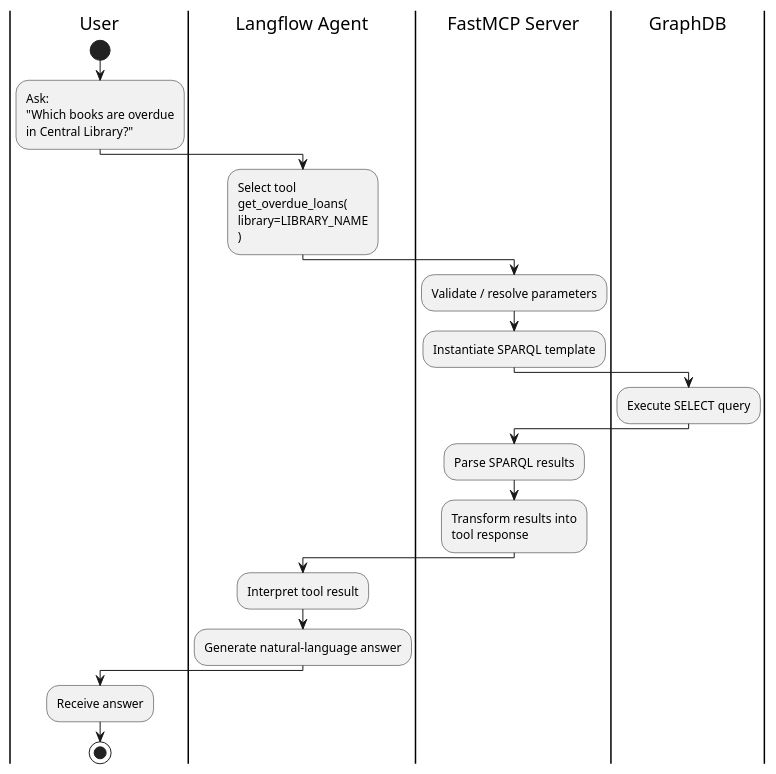
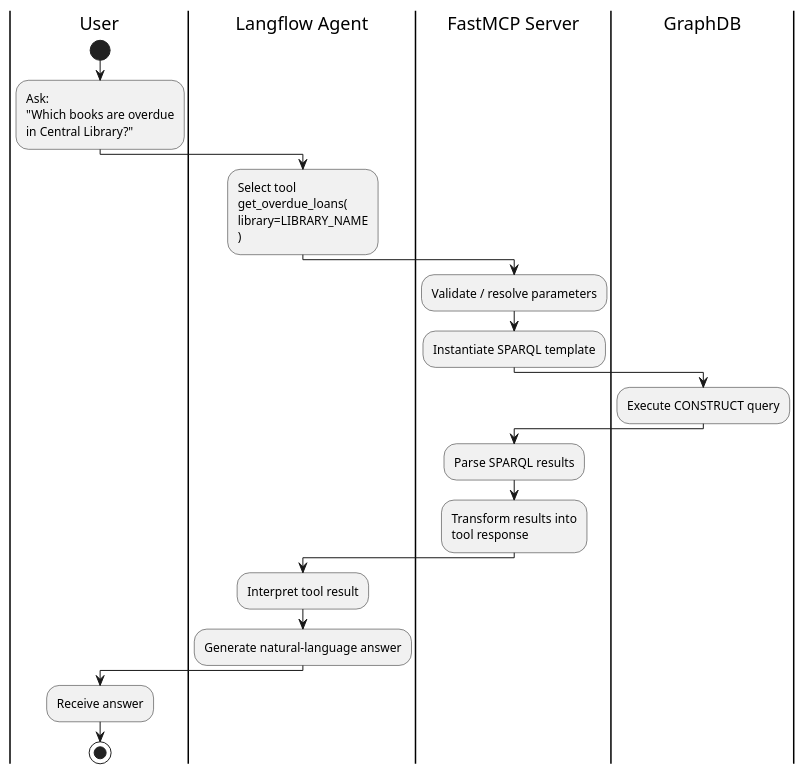
One commit to gkostkowski/mcp-rdf-agent-demo changed the diagram in docs/architecture/workflow.puml. Above: the diagram before and after it, drawn with PlantUML. The commit also changed 10 other files, not shown here.

```diff
--- a/docs/architecture/workflow.puml
+++ b/docs/architecture/workflow.puml
@@ -1,35 +1,35 @@
 @startuml
 
 |User|
 start
 :Ask:
 "Which books are overdue
 in Central Library?";
 
 |Langflow Agent|
 :Select tool
 get_overdue_loans(
 library=LIBRARY_NAME
 );
 
 |FastMCP Server|
 :Validate / resolve parameters;
 :Instantiate SPARQL template;
 
 |GraphDB|
-:Execute SELECT query;
+:Execute CONSTRUCT query;
 
 |FastMCP Server|
 :Parse SPARQL results;
 :Transform results into
 tool response;
 
 |Langflow Agent|
 :Interpret tool result;
 :Generate natural-language answer;
 
 |User|
 :Receive answer;
 stop
 
 @enduml
```
